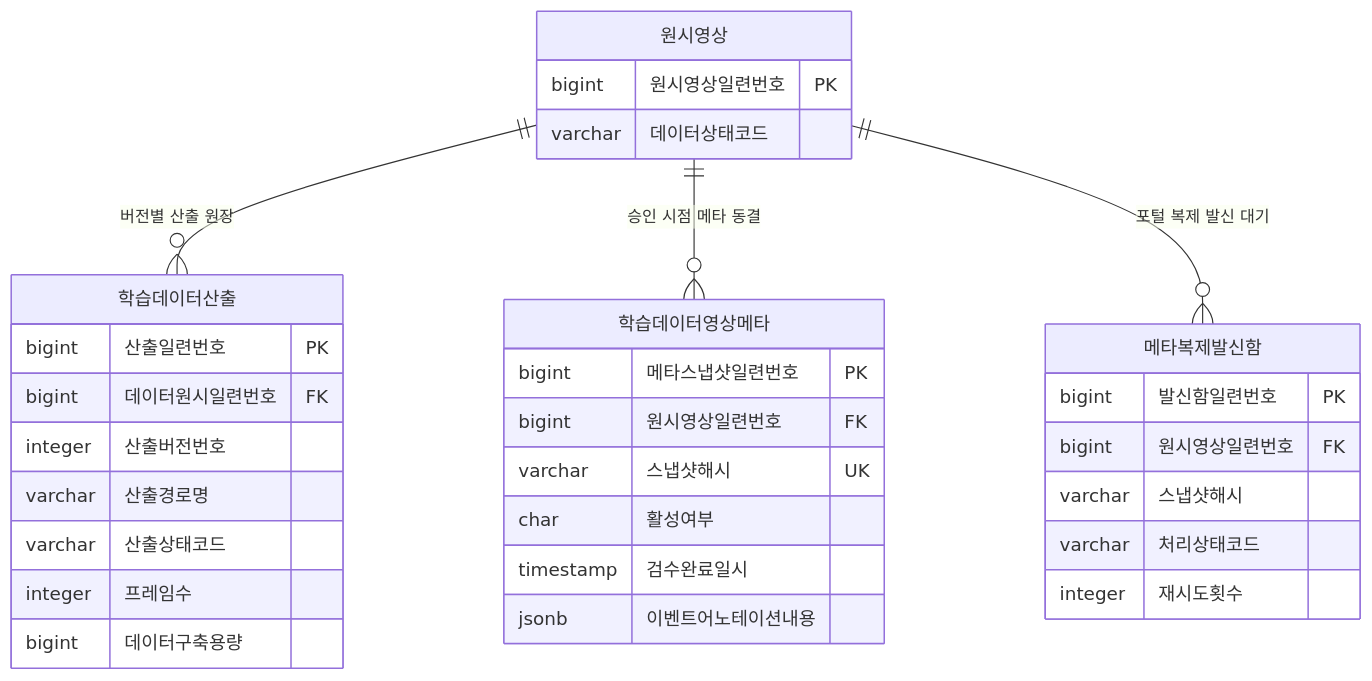
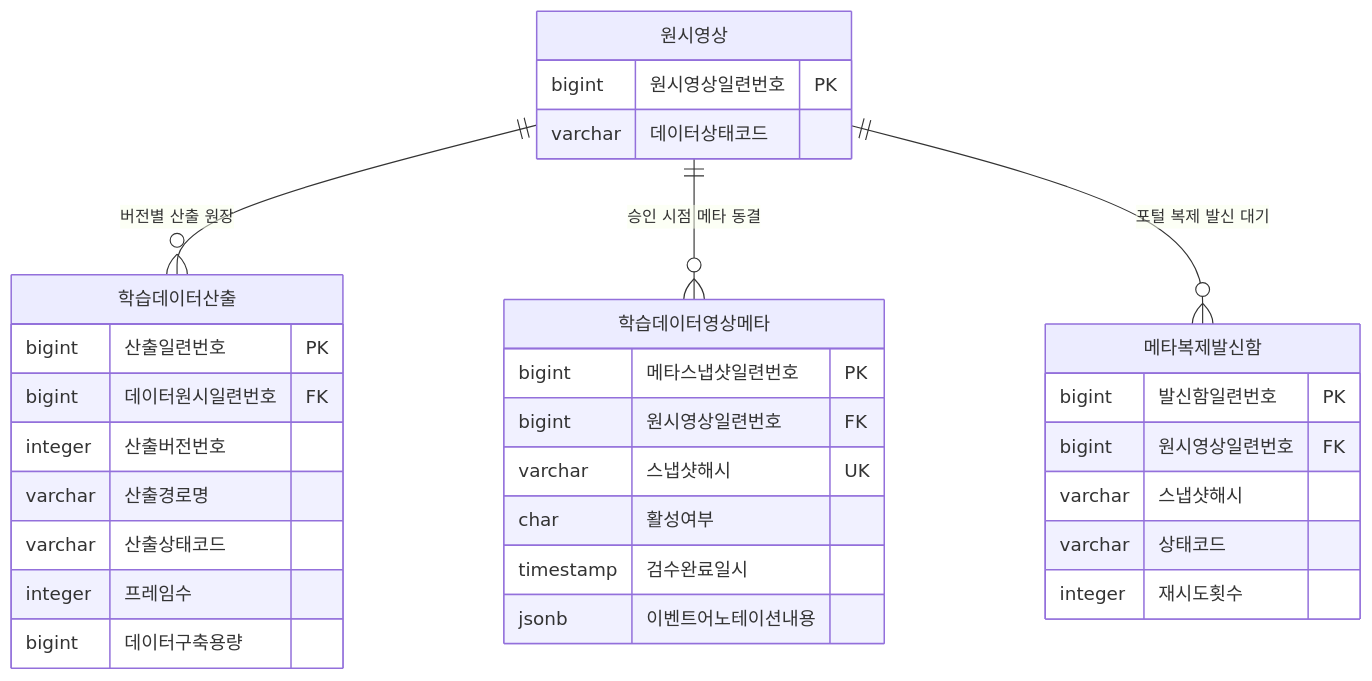
One commit to New-stella/klid-label changed diagram 11 of 17 in docs/design/KLID_AT_엔티티관계모형설계서.md. Above: the diagram before and after it, drawn with Mermaid. The commit also changed other lines of this file and 29 other files, not shown here.

````diff
--- a/docs/design/KLID_AT_엔티티관계모형설계서.md
+++ b/docs/design/KLID_AT_엔티티관계모형설계서.md
@@ -449,34 +449,34 @@
 ```mermaid
 erDiagram
     원시영상 ||--o{ 학습데이터산출 : "버전별 산출 원장"
     원시영상 ||--o{ 학습데이터영상메타 : "승인 시점 메타 동결"
     원시영상 ||--o{ 메타복제발신함 : "포털 복제 발신 대기"
     원시영상 {
         bigint 원시영상일련번호 PK
         varchar 데이터상태코드
     }
     학습데이터산출 {
         bigint 산출일련번호 PK
         bigint 데이터원시일련번호 FK
         integer 산출버전번호
         varchar 산출경로명
         varchar 산출상태코드
         integer 프레임수
         bigint 데이터구축용량
     }
     학습데이터영상메타 {
         bigint 메타스냅샷일련번호 PK
         bigint 원시영상일련번호 FK
         varchar 스냅샷해시 UK
         char 활성여부
         timestamp 검수완료일시
         jsonb 이벤트어노테이션내용
     }
     메타복제발신함 {
         bigint 발신함일련번호 PK
         bigint 원시영상일련번호 FK
         varchar 스냅샷해시
-        varchar 처리상태코드
+        varchar 상태코드
         integer 재시도횟수
     }
 ```
````
